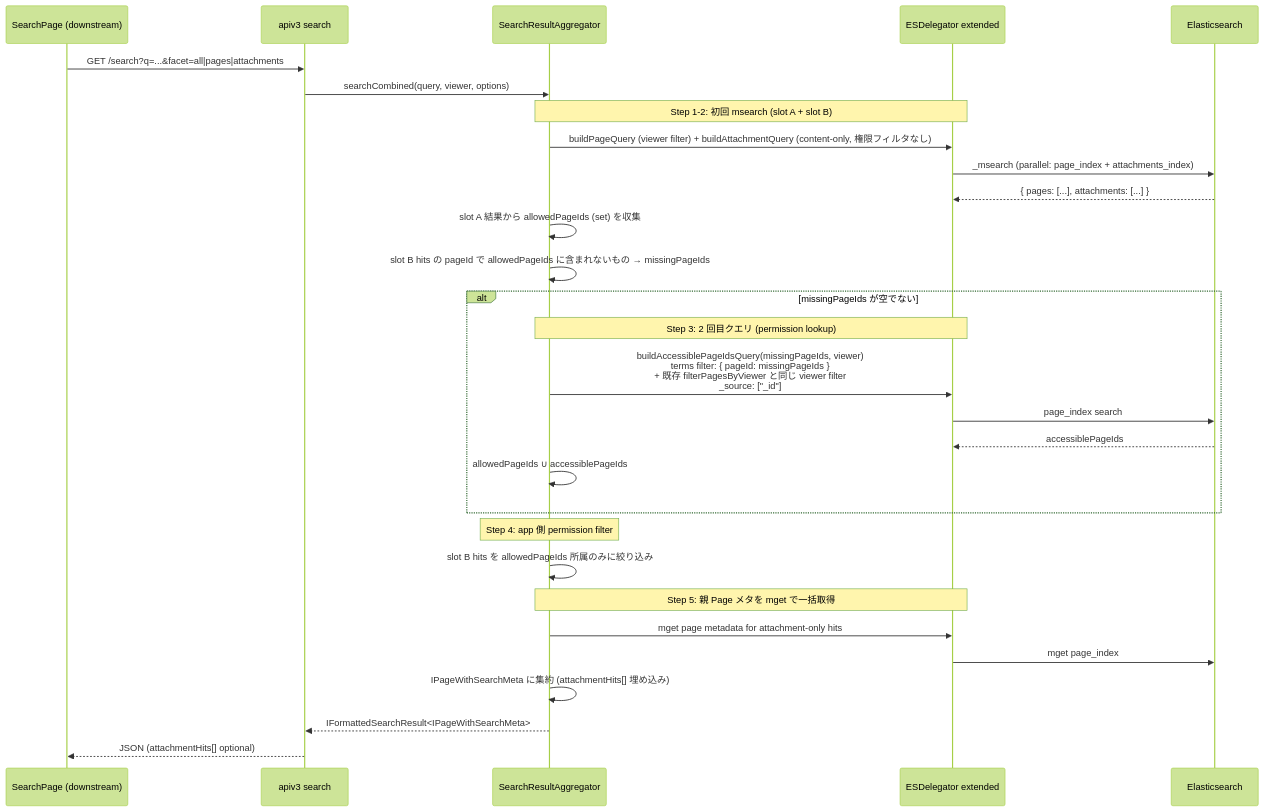
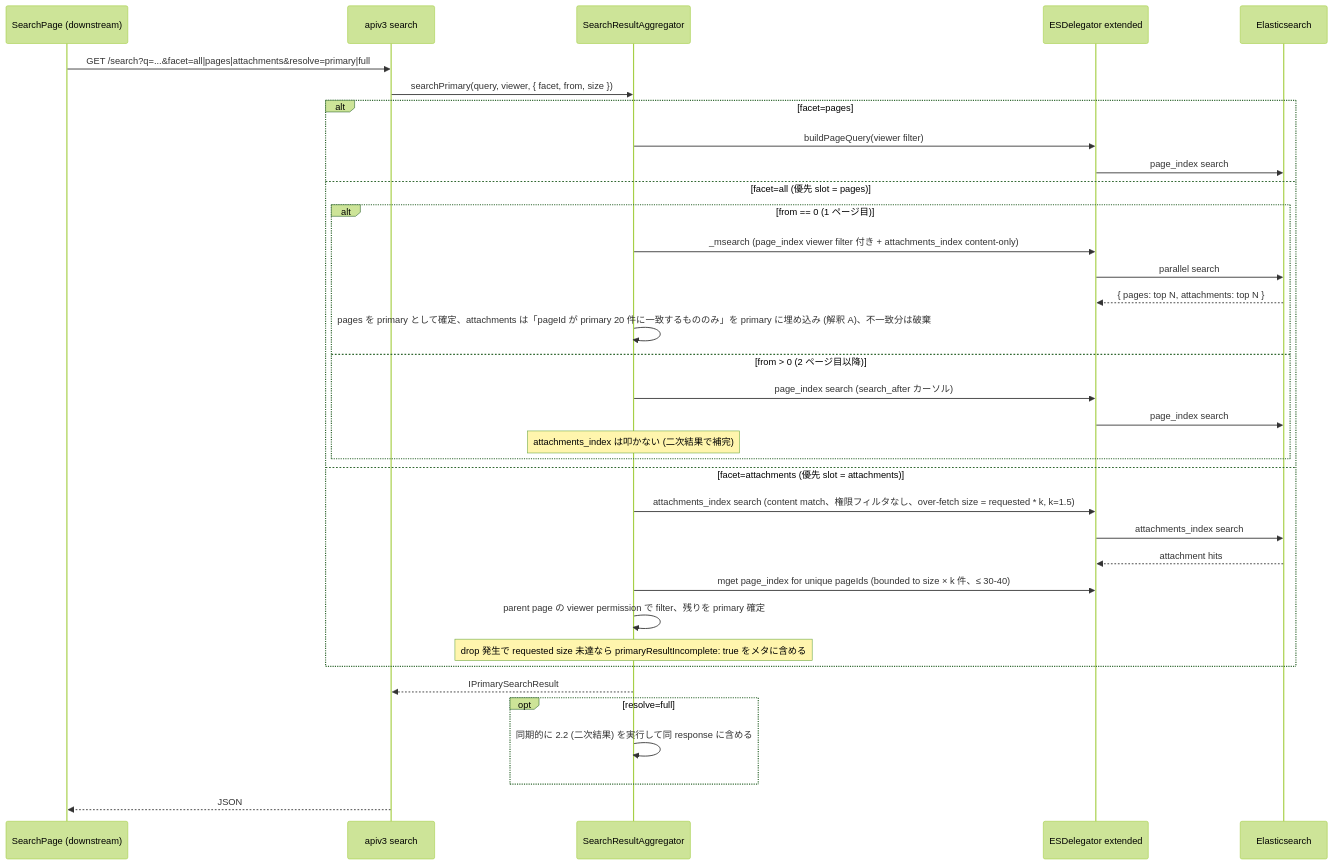
The third of 6 diagrams in .kiro/specs/attachment-search-indexing/design.md (growilabs/growi), drawn with Mermaid (forest theme) before and after one commit. The commit also changed other lines of this file and 2 other files, not shown here.

````diff
--- a/.kiro/specs/attachment-search-indexing/design.md
+++ b/.kiro/specs/attachment-search-indexing/design.md
@@ -291,35 +303,40 @@
 ```mermaid
 sequenceDiagram
     participant UI as SearchPage (downstream)
     participant Api as apiv3 search
     participant Svc as SearchResultAggregator
     participant Del as ESDelegator extended
     participant ES as Elasticsearch
 
-    UI->>Api: GET /search?q=...&facet=all|pages|attachments
-    Api->>Svc: searchCombined(query, viewer, options)
+    UI->>Api: GET /search?q=...&facet=all|pages|attachments&resolve=primary|full
+    Api->>Svc: searchPrimary(query, viewer, { facet, from, size })
 
-    Note over Svc,Del: Step 1-2: 初回 msearch (slot A + slot B)
-    Svc->>Del: buildPageQuery (viewer filter) + buildAttachmentQuery (content-only, 権限フィルタなし)
-    Del->>ES: _msearch (parallel: page_index + attachments_index)
-    ES-->>Del: { pages: [...], attachments: [...] }
-    Svc->>Svc: slot A 結果から allowedPageIds (set) を収集
-    Svc->>Svc: slot B hits の pageId で allowedPageIds に含まれないもの → missingPageIds
-
-    alt missingPageIds が空でない
-        Note over Svc,Del: Step 3: 2 回目クエリ (permission lookup)
-        Svc->>Del: buildAccessiblePageIdsQuery(missingPageIds, viewer)<br/>terms filter: { pageId: missingPageIds }<br/>+ 既存 filterPagesByViewer と同じ viewer filter<br/>_source: ["_id"]
+    alt facet=pages
+        Svc->>Del: buildPageQuery(viewer filter)
         Del->>ES: page_index search
-        ES-->>Del: accessiblePageIds
-        Svc->>Svc: allowedPageIds ∪ accessiblePageIds
+    else facet=all (優先 slot = pages)
+        alt from == 0 (1 ページ目)
+            Svc->>Del: _msearch (page_index viewer filter 付き + attachments_index content-only)
+            Del->>ES: parallel search
+            ES-->>Del: { pages: top N, attachments: top N }
+            Svc->>Svc: pages を primary として確定、attachments は「pageId が primary 20 件に一致するもののみ」を primary に埋め込み (解釈 A)、不一致分は破棄
+        else from > 0 (2 ページ目以降)
+            Svc->>Del: page_index search (search_after カーソル)
+            Del->>ES: page_index search
+            Note over Svc: attachments_index は叩かない (二次結果で補完)
+        end
+    else facet=attachments (優先 slot = attachments)
+        Svc->>Del: attachments_index search (content match、権限フィルタなし、over-fetch size = requested * k, k=1.5)
+        Del->>ES: attachments_index search
+        ES-->>Del: attachment hits
+        Svc->>Del: mget page_index for unique pageIds (bounded to size × k 件、≤ 30-40)
+        Svc->>Svc: parent page の viewer permission で filter、残りを primary 確定
+        Note over Svc: drop 発生で requested size 未達なら primaryResultIncomplete: true をメタに含める
     end
 
-    Note over Svc: Step 4: app 側 permission filter
-    Svc->>Svc: slot B hits を allowedPageIds 所属のみに絞り込み
-    Note over Svc,Del: Step 5: 親 Page メタを mget で一括取得
-    Svc->>Del: mget page metadata for attachment-only hits
-    Del->>ES: mget page_index
-    Svc->>Svc: IPageWithSearchMeta に集約 (attachmentHits[] 埋め込み)
-    Svc-->>Api: IFormattedSearchResult<IPageWithSearchMeta>
-    Api-->>UI: JSON (attachmentHits[] optional)
+    Svc-->>Api: IPrimarySearchResult
+    opt resolve=full
+        Svc->>Svc: 同期的に 2.2 (二次結果) を実行して同 response に含める
+    end
+    Api-->>UI: JSON
 ```
````
